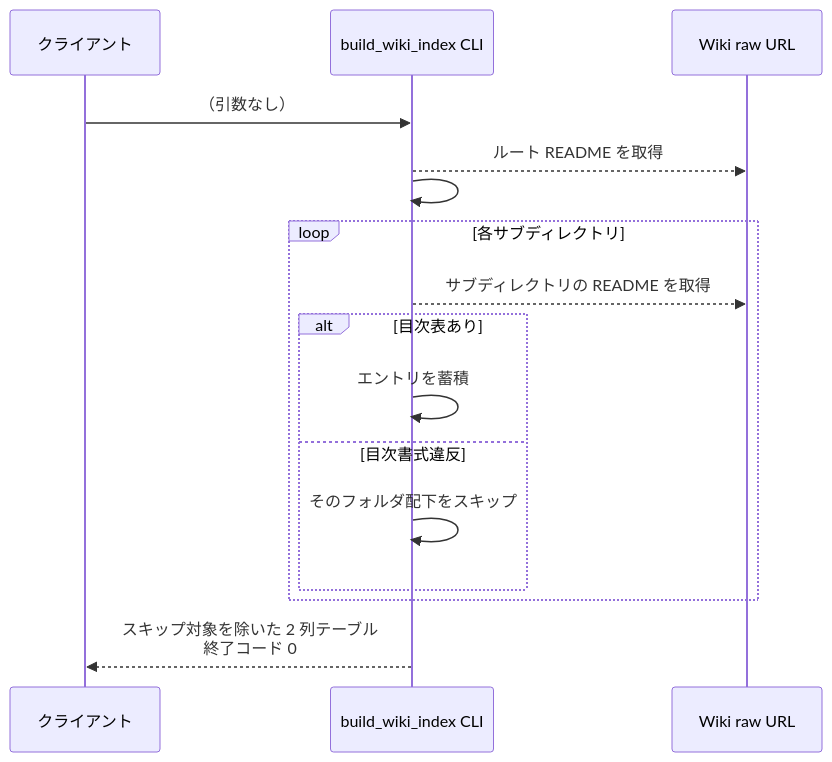
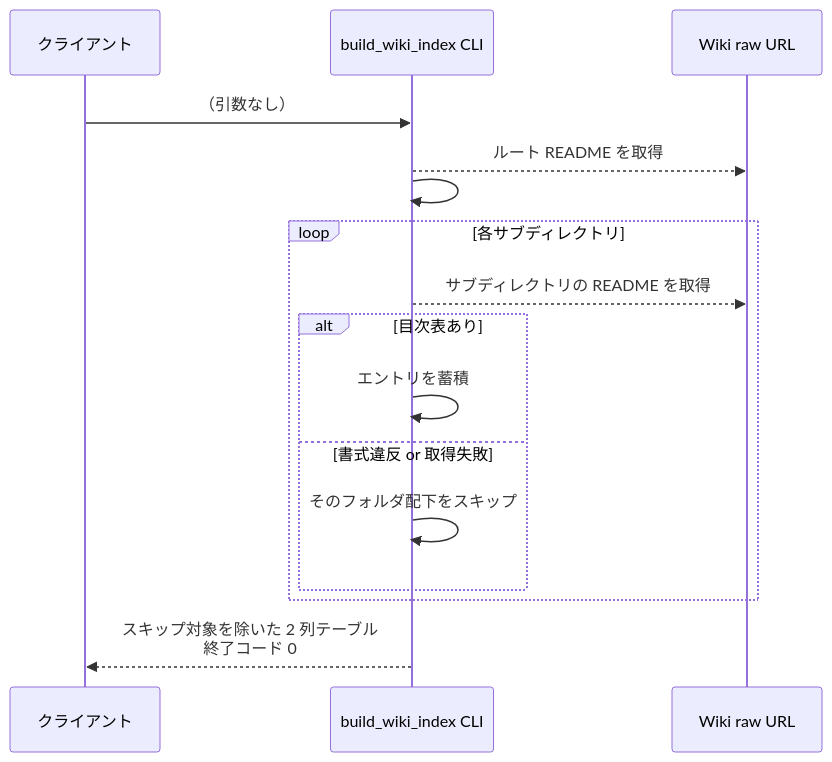
One commit to shuhei1101/ai-monitor changed the third of 3 diagrams in docs/wiki/設計図/バックエンド結合/Wiki索引注入.py.md. Above: the diagram before and after it, drawn with Mermaid. The commit also changed other lines of this file and 305 other files, not shown here.

````diff
--- a/docs/wiki/設計図/バックエンド結合/Wiki索引注入.py.md
+++ b/docs/wiki/設計図/バックエンド結合/Wiki索引注入.py.md
@@ -175,19 +148,19 @@
 ```mermaid
 sequenceDiagram
   participant C as クライアント
   participant IF as build_wiki_index CLI
   participant GH as Wiki raw URL
 
   C->>IF: （引数なし）
   IF-->>GH: ルート README を取得
   IF->>IF: ## 目次 表からエントリと<br>サブディレクトリを抽出
   loop 各サブディレクトリ
     IF-->>GH: サブディレクトリの README を取得
     alt 目次表あり
       IF->>IF: エントリを蓄積
-    else 目次書式違反
+    else 書式違反 or 取得失敗
       IF->>IF: そのフォルダ配下をスキップ
     end
   end
   IF-->>C: スキップ対象を除いた 2 列テーブル<br>終了コード 0
 ```
````
